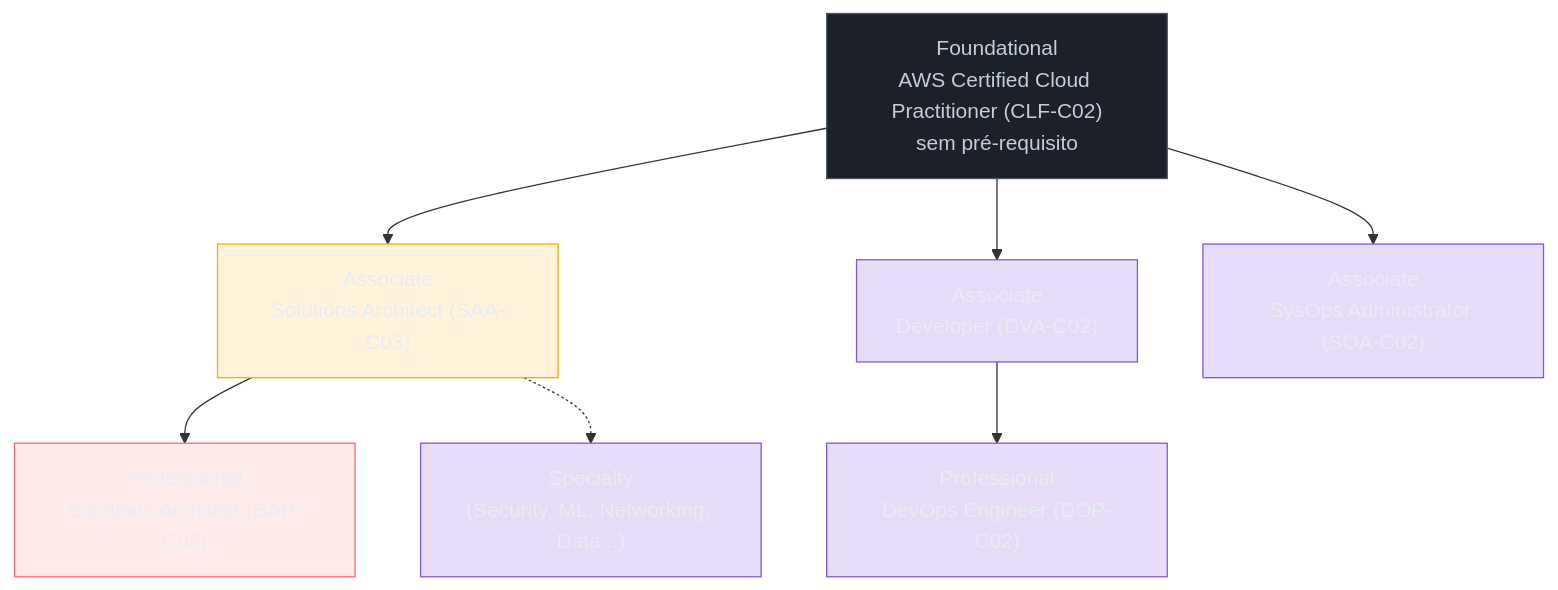
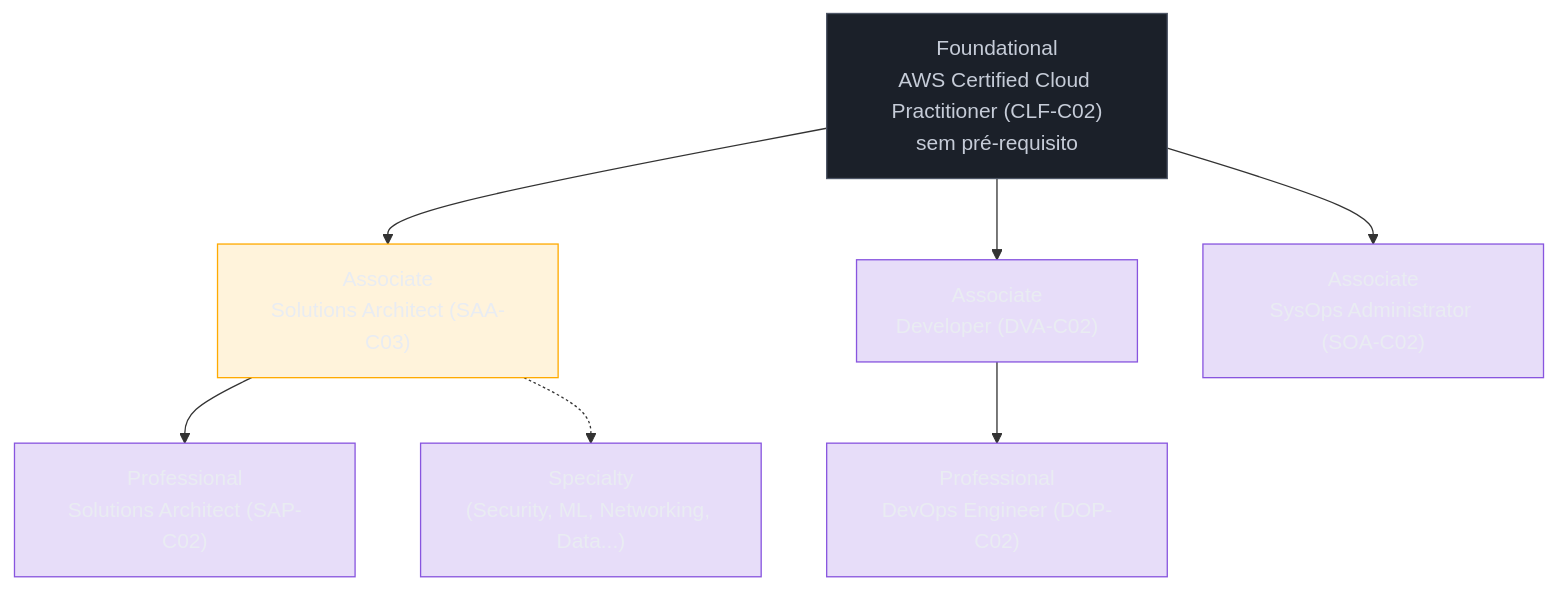
Before and after one commit to josenaldo/codex-technomanticus: the second of 2 diagrams in 03-Dominios/Tecnologia/Cloud/24 - Certificação AWS Solutions Architect Associate/01 - O exame e seu valor.md, drawn with Mermaid. The commit also changed 601 other files, not shown here.

````diff
--- a/03-Dominios/Tecnologia/Cloud/24 - Certificação AWS Solutions Architect Associate/01 - O exame e seu valor.md
+++ b/03-Dominios/Tecnologia/Cloud/24 - Certificação AWS Solutions Architect Associate/01 - O exame e seu valor.md
@@ -133,22 +133,21 @@
 ```mermaid
 flowchart TB
     classDef neutro fill:#1B2029,stroke:#4E5666,color:#C6CCD8
     classDef destaque fill:#FFAA0024,stroke:#FFAA00,color:#E9ECF2
     classDef marca fill:#8855DF33,stroke:#8855DF,color:#E9ECF2
-    classDef falha fill:#FF6B6B24,stroke:#FF6B6B,color:#E9ECF2
     F["Foundational<br/>AWS Certified Cloud Practitioner (CLF-C02)<br/>sem pré-requisito"]
     F --> A1["Associate<br/>Solutions Architect (SAA-C03)"]
     F --> A2["Associate<br/>Developer (DVA-C02)"]
     F --> A3["Associate<br/>SysOps Administrator (SOA-C02)"]
     A1 --> P1["Professional<br/>Solutions Architect (SAP-C02)"]
     A2 --> P2["Professional<br/>DevOps Engineer (DOP-C02)"]
     A1 -.-> Sp["Specialty<br/>(Security, ML, Networking, Data...)"]
 
     class F neutro
     class A1 destaque
     class A2 marca
     class A3 marca
-    class P1 falha
+    class P1 marca
     class P2 marca
     class Sp marca
 ```
````
